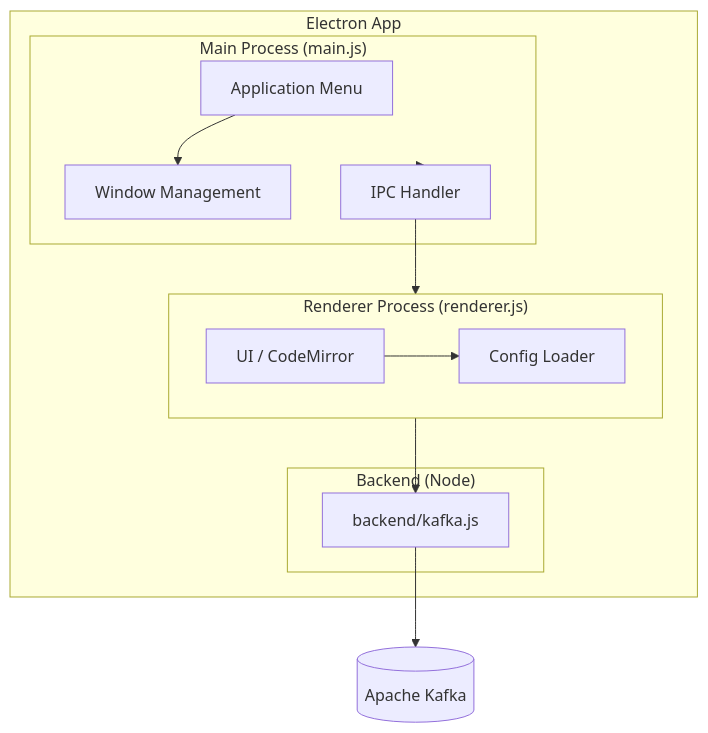
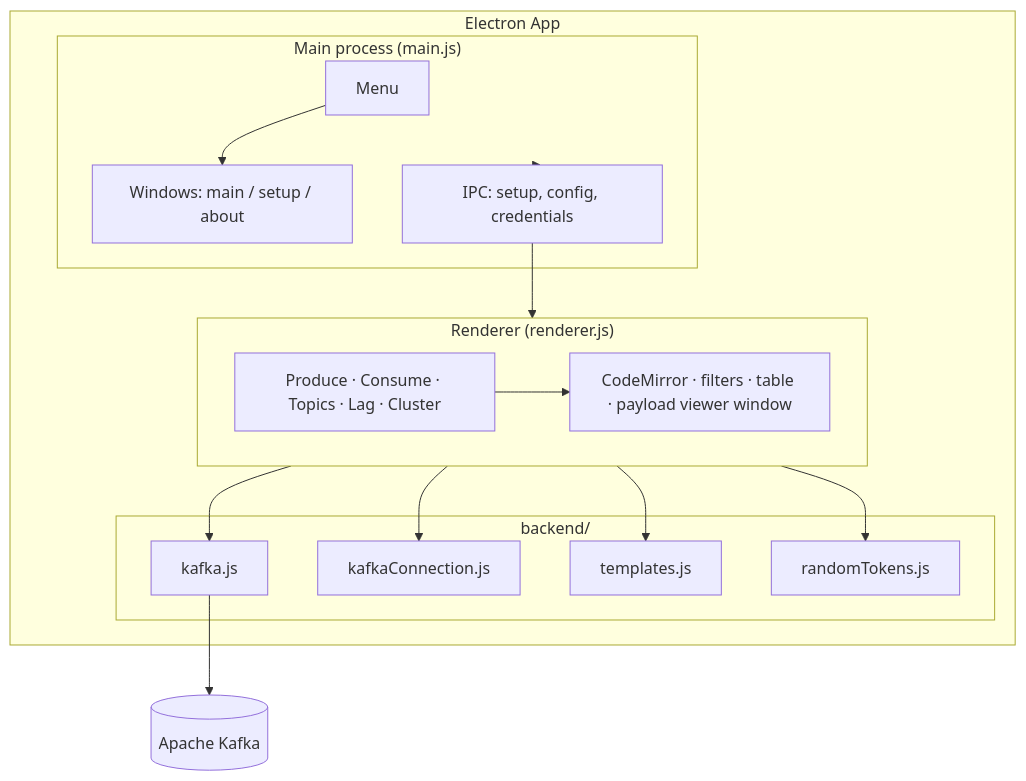
One commit to DilshanPGN/kafka-safe-stream changed the first of 4 diagrams in README.md. Above: the diagram before and after it, drawn with Mermaid. The commit also changed other lines of this file, not shown here.

Commit message:
Revise README for clarity and detail; update application overview, feature descriptions, and flow diagrams to reflect recent enhancements, including environment management, consumer options, and configuration processes.

````diff
--- a/README.md
+++ b/README.md
@@ -40,26 +46,32 @@
 ```mermaid
 flowchart TB
     subgraph Electron["Electron App"]
-        subgraph Main["Main Process (main.js)"]
-            Menu[Application Menu]
-            Windows[Window Management]
-            IPC[IPC Handler]
+        subgraph Main["Main process (main.js)"]
+            Menu[Menu]
+            Win[Windows: main / setup / about]
+            IPC[IPC: setup, config, credentials]
         end
-        
-        subgraph Renderer["Renderer Process (renderer.js)"]
-            UI[UI / CodeMirror]
-            Config[Config Loader]
-            UI --> Config
+
+        subgraph Renderer["Renderer (renderer.js)"]
+            Tabs[Produce · Consume · Topics · Lag · Cluster]
+            CM[CodeMirror · filters · table · payload viewer window]
+            Tabs --> CM
         end
-        
-        subgraph Backend["Backend (Node)"]
-            KafkaModule[backend/kafka.js]
+
+        subgraph Backend["backend/"]
+            K[kafka.js]
+            KC[kafkaConnection.js]
+            Tmpl[templates.js]
+            RT[randomTokens.js]
         end
     end
-    
-    KafkaModule --> Kafka[(Apache Kafka)]
-    Renderer --> KafkaModule
+
+    K --> Kafka[(Apache Kafka)]
+    Renderer --> K
+    Renderer --> KC
+    Renderer --> Tmpl
+    Renderer --> RT
     Main --> IPC
     IPC --> Renderer
-    Menu --> Windows
+    Menu --> Win
 ```
````
